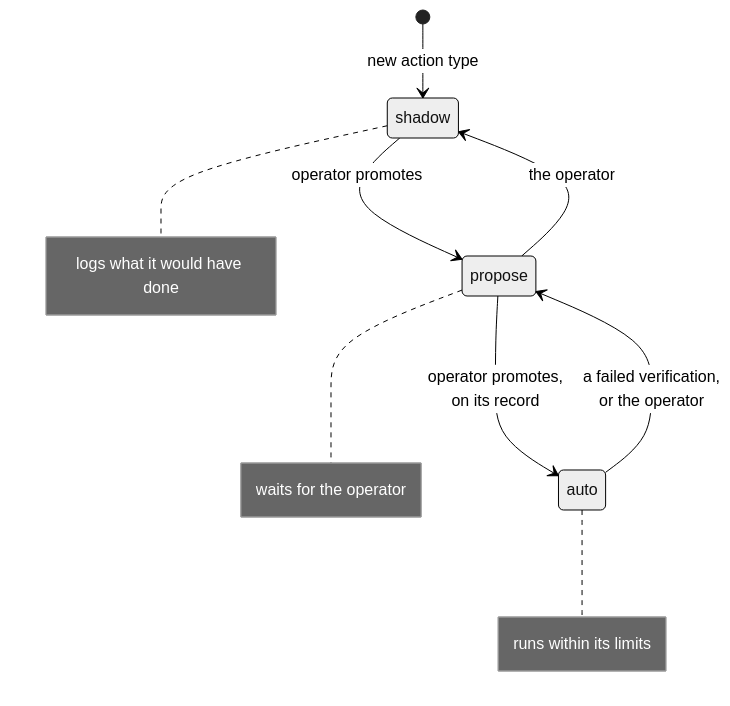
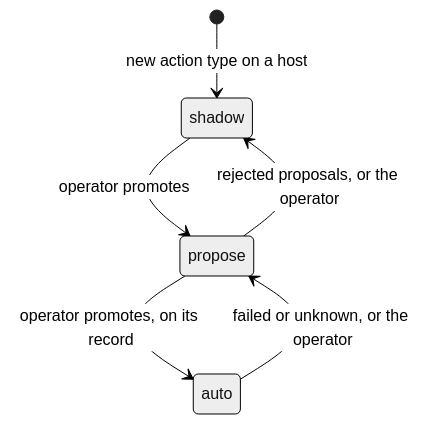
Before and after one commit to chipi/flotilla: the third of 9 diagrams in docs/rfc/RFC-0004-agent-pipeline.md, drawn with Mermaid (neutral theme). The commit also changed other lines of this file, not shown here.

````diff
--- a/docs/rfc/RFC-0004-agent-pipeline.md
+++ b/docs/rfc/RFC-0004-agent-pipeline.md
@@ -204,11 +248,8 @@
 ```mermaid
 stateDiagram-v2
-    [*] --> shadow: new action type
+    [*] --> shadow: new action type on a host
     shadow --> propose: operator promotes
-    propose --> auto: operator promotes,<br/>on its record
-    auto --> propose: a failed verification,<br/>or the operator
-    propose --> shadow: the operator
-    note right of shadow: logs what it would have done
-    note right of propose: waits for the operator
-    note right of auto: runs within its limits
+    propose --> auto: operator promotes, on its record
+    auto --> propose: failed or unknown, or the operator
+    propose --> shadow: rejected proposals, or the operator
 ```
````
